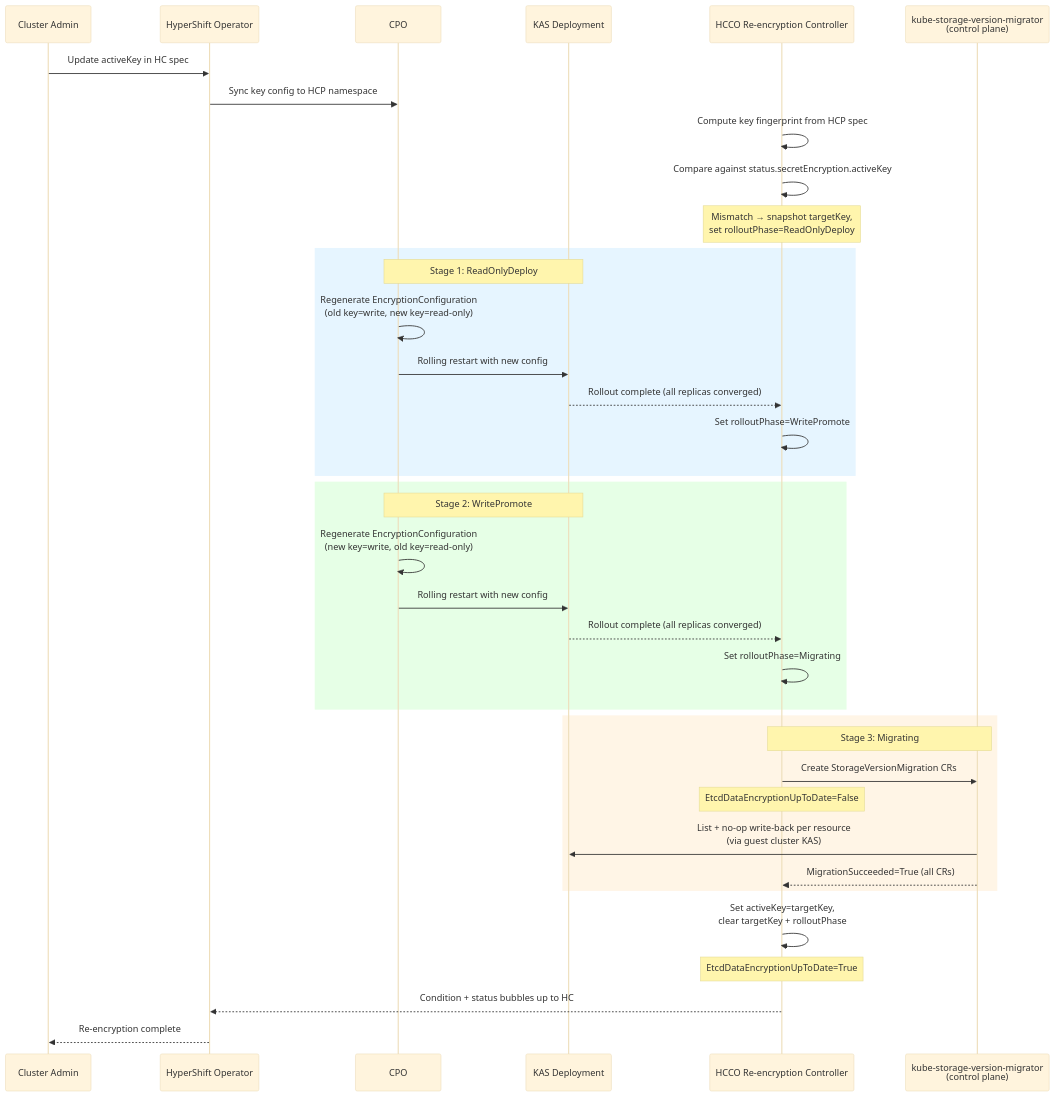
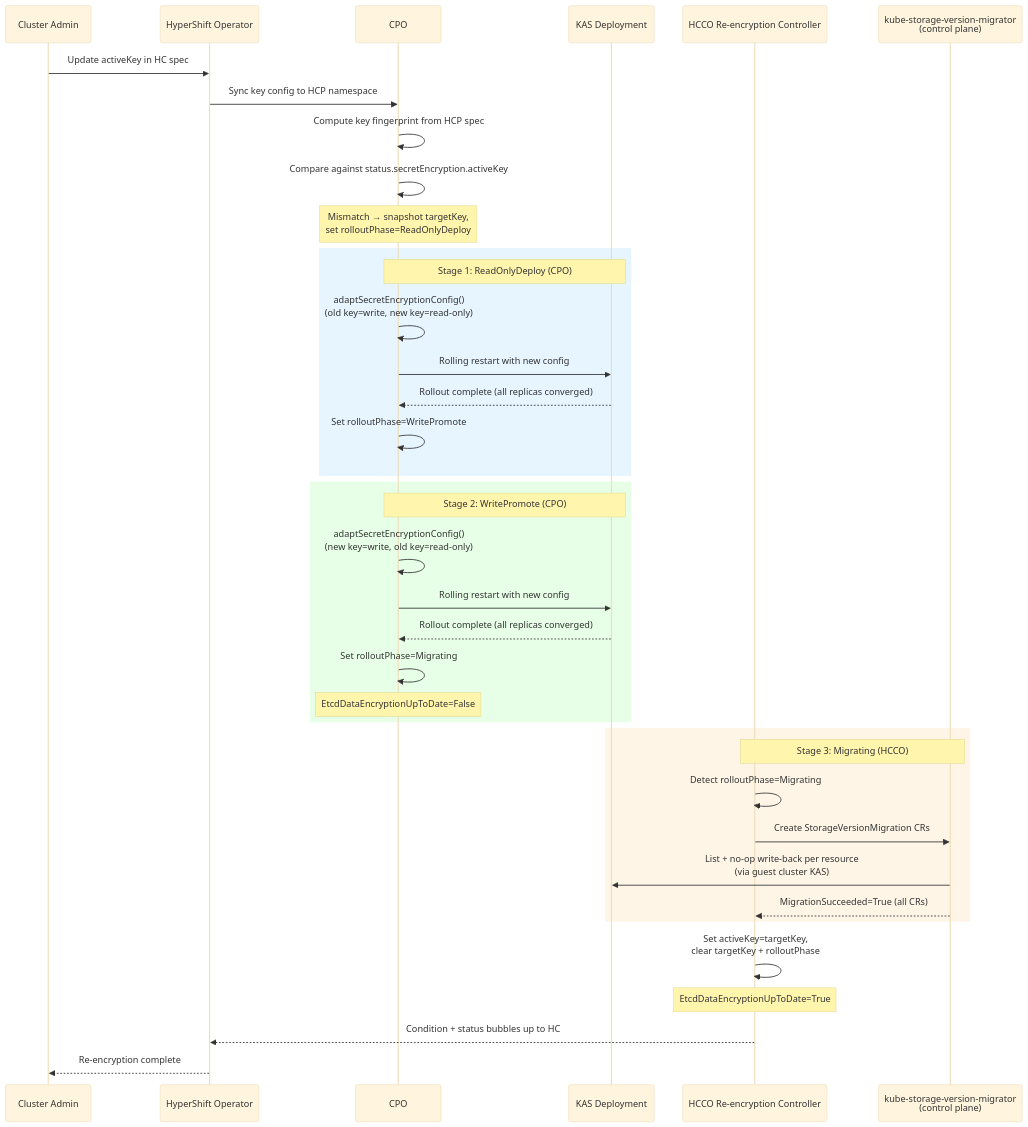
Before and after one commit to openshift/enhancements: the diagram in enhancements/hypershift/etcd-data-reencryption-on-key-rotation.md, drawn with Mermaid (base theme). The commit also changed other lines of this file, not shown here.

First line of the commit message:
Split rollout orchestration between CPO and HCCO

````diff
--- a/enhancements/hypershift/etcd-data-reencryption-on-key-rotation.md
+++ b/enhancements/hypershift/etcd-data-reencryption-on-key-rotation.md
@@ -304,44 +313,45 @@
 ```mermaid
 sequenceDiagram
     participant Admin as Cluster Admin
     participant HO as HyperShift Operator
     participant CPO as CPO
     participant KAS as KAS Deployment
     participant HCCO as HCCO Re-encryption Controller
     participant SVM as kube-storage-version-migrator<br/>(control plane)
 
     Admin->>HO: Update activeKey in HC spec
     HO->>CPO: Sync key config to HCP namespace
-    HCCO->>HCCO: Compute key fingerprint from HCP spec
-    HCCO->>HCCO: Compare against status.secretEncryption.activeKey
-    Note over HCCO: Mismatch → snapshot targetKey,<br/>set rolloutPhase=ReadOnlyDeploy
+    CPO->>CPO: Compute key fingerprint from HCP spec
+    CPO->>CPO: Compare against status.secretEncryption.activeKey
+    Note over CPO: Mismatch → snapshot targetKey,<br/>set rolloutPhase=ReadOnlyDeploy
 
     rect rgb(230, 245, 255)
-    Note over CPO,KAS: Stage 1: ReadOnlyDeploy
-    CPO->>CPO: Regenerate EncryptionConfiguration<br/>(old key=write, new key=read-only)
+    Note over CPO,KAS: Stage 1: ReadOnlyDeploy (CPO)
+    CPO->>CPO: adaptSecretEncryptionConfig()<br/>(old key=write, new key=read-only)
     CPO->>KAS: Rolling restart with new config
-    KAS-->>HCCO: Rollout complete (all replicas converged)
-    HCCO->>HCCO: Set rolloutPhase=WritePromote
+    KAS-->>CPO: Rollout complete (all replicas converged)
+    CPO->>CPO: Set rolloutPhase=WritePromote
     end
 
     rect rgb(230, 255, 230)
-    Note over CPO,KAS: Stage 2: WritePromote
-    CPO->>CPO: Regenerate EncryptionConfiguration<br/>(new key=write, old key=read-only)
+    Note over CPO,KAS: Stage 2: WritePromote (CPO)
+    CPO->>CPO: adaptSecretEncryptionConfig()<br/>(new key=write, old key=read-only)
     CPO->>KAS: Rolling restart with new config
-    KAS-->>HCCO: Rollout complete (all replicas converged)
-    HCCO->>HCCO: Set rolloutPhase=Migrating
+    KAS-->>CPO: Rollout complete (all replicas converged)
+    CPO->>CPO: Set rolloutPhase=Migrating
+    Note over CPO: EtcdDataEncryptionUpToDate=False
     end
 
     rect rgb(255, 245, 230)
-    Note over HCCO,SVM: Stage 3: Migrating
+    Note over HCCO,SVM: Stage 3: Migrating (HCCO)
+    HCCO->>HCCO: Detect rolloutPhase=Migrating
     HCCO->>SVM: Create StorageVersionMigration CRs
-    Note over HCCO: EtcdDataEncryptionUpToDate=False
     SVM->>KAS: List + no-op write-back per resource<br/>(via guest cluster KAS)
     SVM-->>HCCO: MigrationSucceeded=True (all CRs)
     end
 
     HCCO->>HCCO: Set activeKey=targetKey,<br/>clear targetKey + rolloutPhase
     Note over HCCO: EtcdDataEncryptionUpToDate=True
     HCCO-->>HO: Condition + status bubbles up to HC
     HO-->>Admin: Re-encryption complete
 ```
````
